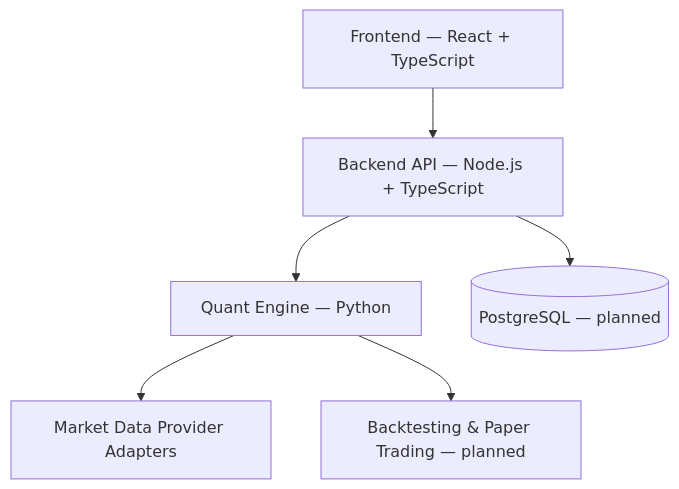
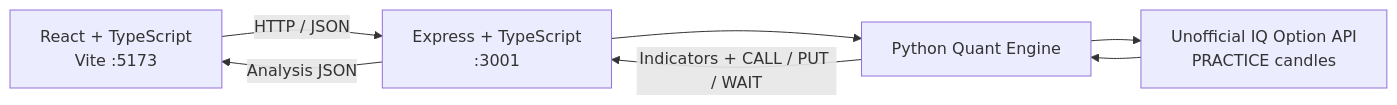
Before and after one commit to VitorDutraMelo/tradepulse: the diagram in README.md, drawn with Mermaid. The commit also changed other lines of this file and 129 other files, not shown here.

````diff
--- a/README.md
+++ b/README.md
@@ -27,8 +56,9 @@
 ```mermaid
-flowchart TD
-    UI["Frontend — React + TypeScript"] --> API["Backend API — Node.js + TypeScript"]
-    API --> QE["Quant Engine — Python"]
-    QE --> MD["Market Data Provider Adapters"]
-    API --> DB[("PostgreSQL — planned")]
-    QE --> BT["Backtesting & Paper Trading — planned"]
+flowchart LR
+    UI["React + TypeScript\nVite :5173"] -->|HTTP / JSON| API["Express + TypeScript\n:3001"]
+    API --> QE["Python Quant Engine"]
+    QE --> IQ["Unofficial IQ Option API\nPRACTICE candles"]
+    IQ --> QE
+    QE -->|Indicators + CALL / PUT / WAIT| API
+    API -->|Analysis JSON| UI
 ```
````
